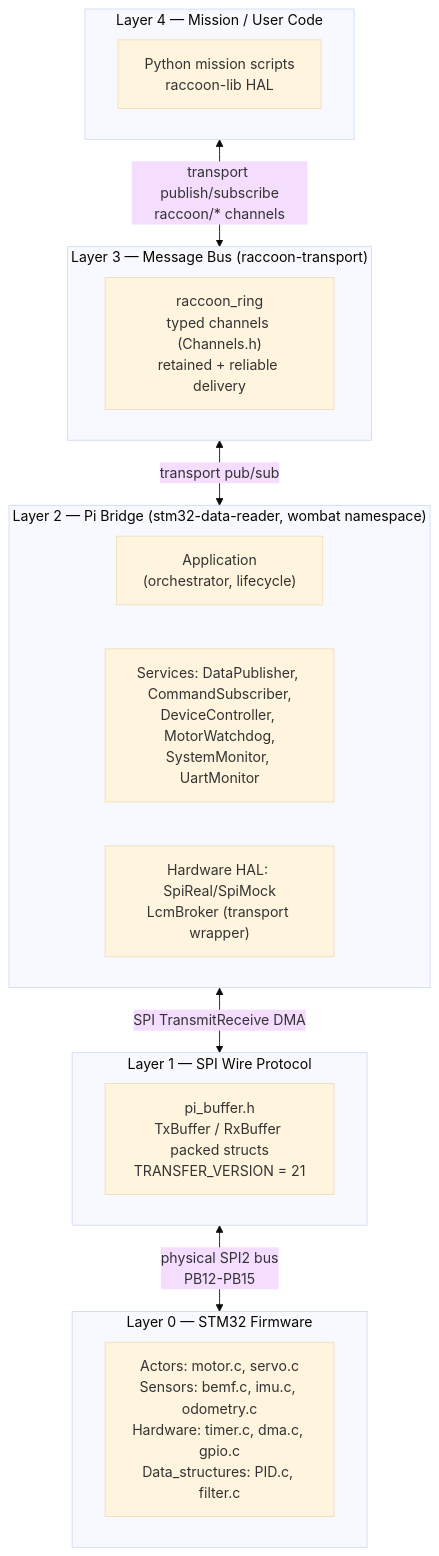
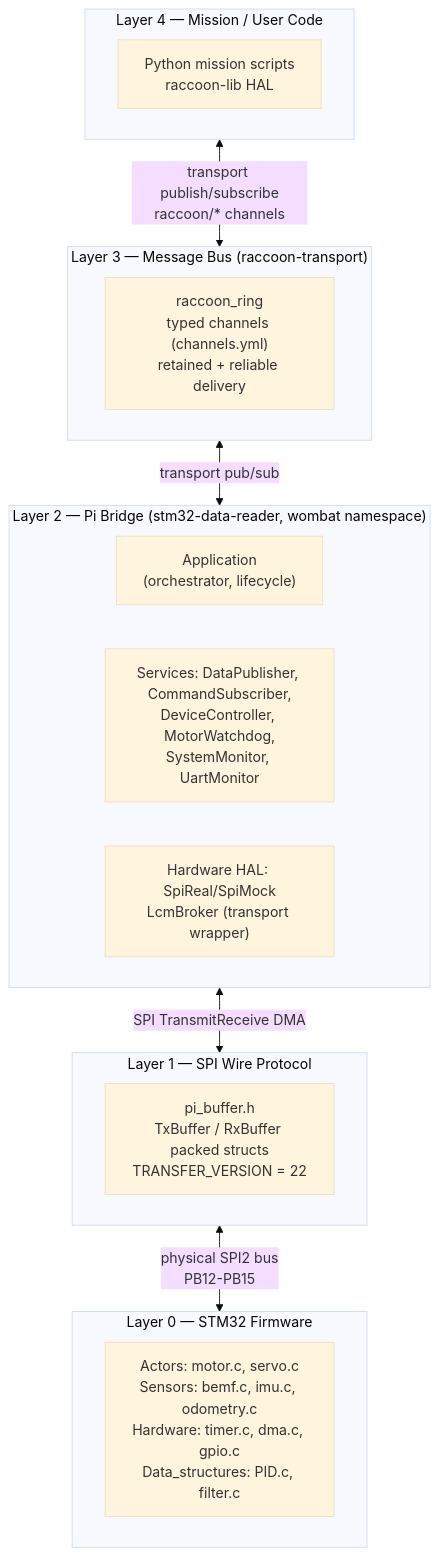
One commit to htl-stp-ecer/documentation changed the second of 2 diagrams in content/06-advanced/04-firmware/architecture.md. Above: the diagram before and after it, drawn with Mermaid (base theme). The commit also changed other lines of this file and 12 other files, not shown here.

First line of the commit message:
docs: the channel table and message_t everywhere (no Channels.h, raccoon/* names, LCM, publishRetained)

````diff
--- a/content/06-advanced/04-firmware/architecture.md
+++ b/content/06-advanced/04-firmware/architecture.md
@@ -136,25 +136,25 @@
 ```mermaid
 graph TB
     subgraph L4["Layer 4 — Mission / User Code"]
         USR["Python mission scripts\nraccoon-lib HAL"]
     end
     subgraph L3["Layer 3 — Message Bus (raccoon-transport)"]
-        LCM2["raccoon_ring\ntyped channels (Channels.h)\nretained + reliable delivery"]
+        LCM2["raccoon_ring\ntyped channels (channels.yml)\nretained + reliable delivery"]
     end
     subgraph L2["Layer 2 — Pi Bridge (stm32-data-reader, wombat namespace)"]
         APP["Application\n(orchestrator, lifecycle)"]
         SVC["Services: DataPublisher, CommandSubscriber,\nDeviceController, MotorWatchdog,\nSystemMonitor, UartMonitor"]
         HAL2["Hardware HAL: SpiReal/SpiMock\nLcmBroker (transport wrapper)"]
     end
     subgraph L1["Layer 1 — SPI Wire Protocol"]
-        BUF["pi_buffer.h\nTxBuffer / RxBuffer packed structs\nTRANSFER_VERSION = 21"]
+        BUF["pi_buffer.h\nTxBuffer / RxBuffer packed structs\nTRANSFER_VERSION = 22"]
     end
     subgraph L0["Layer 0 — STM32 Firmware"]
         FW["Actors: motor.c, servo.c\nSensors: bemf.c, imu.c, odometry.c\nHardware: timer.c, dma.c, gpio.c\nData_structures: PID.c, filter.c"]
     end
 
     L4 <-->|"transport publish/subscribe\nraccoon/* channels"| L3
     L3 <-->|"transport pub/sub"| L2
     L2 <-->|"SPI TransmitReceive DMA"| L1
     L1 <-->|"physical SPI2 bus\nPB12-PB15"| L0
 ```
````
